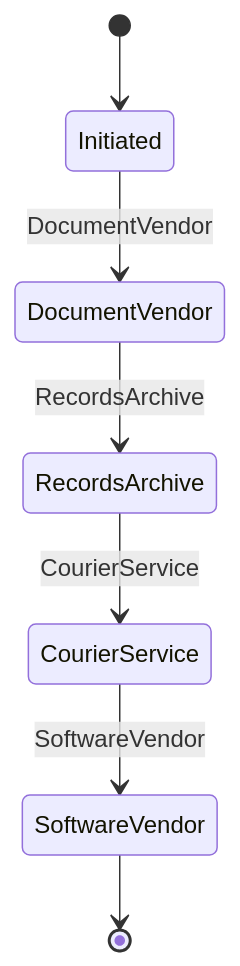
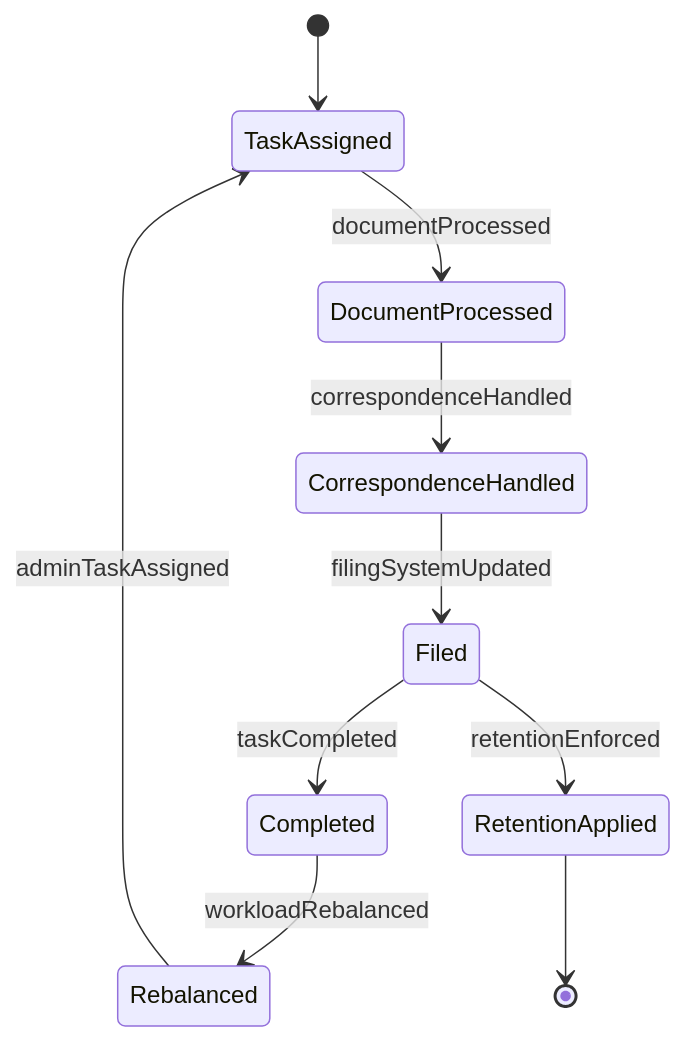
One commit to dot-org-ai/tasks.org.ai changed the second of 4 diagrams in GuidingDirectingAndMotivatingSubordinates/DirectOrganizationalOperationsActivitiesOrProcedures/ManageClericalAdministrativeActivities.mdx. Above: the diagram before and after it, drawn with Mermaid. The commit also changed other lines of this file and 515 other files, not shown here.

````diff
--- a/GuidingDirectingAndMotivatingSubordinates/DirectOrganizationalOperationsActivitiesOrProcedures/ManageClericalAdministrativeActivities.mdx
+++ b/GuidingDirectingAndMotivatingSubordinates/DirectOrganizationalOperationsActivitiesOrProcedures/ManageClericalAdministrativeActivities.mdx
@@ -99,9 +101,12 @@
 ```mermaid
 stateDiagram-v2
-    [*] --> Initiated
-    Initiated --> DocumentVendor: DocumentVendor
-    DocumentVendor --> RecordsArchive: RecordsArchive
-    RecordsArchive --> CourierService: CourierService
-    CourierService --> SoftwareVendor: SoftwareVendor
-    SoftwareVendor --> [*]
+    [*] --> TaskAssigned
+    TaskAssigned --> DocumentProcessed : documentProcessed
+    DocumentProcessed --> CorrespondenceHandled : correspondenceHandled
+    CorrespondenceHandled --> Filed : filingSystemUpdated
+    Filed --> Completed : taskCompleted
+    Completed --> Rebalanced : workloadRebalanced
+    Rebalanced --> TaskAssigned : adminTaskAssigned
+    Filed --> RetentionApplied : retentionEnforced
+    RetentionApplied --> [*]
 ```
````
